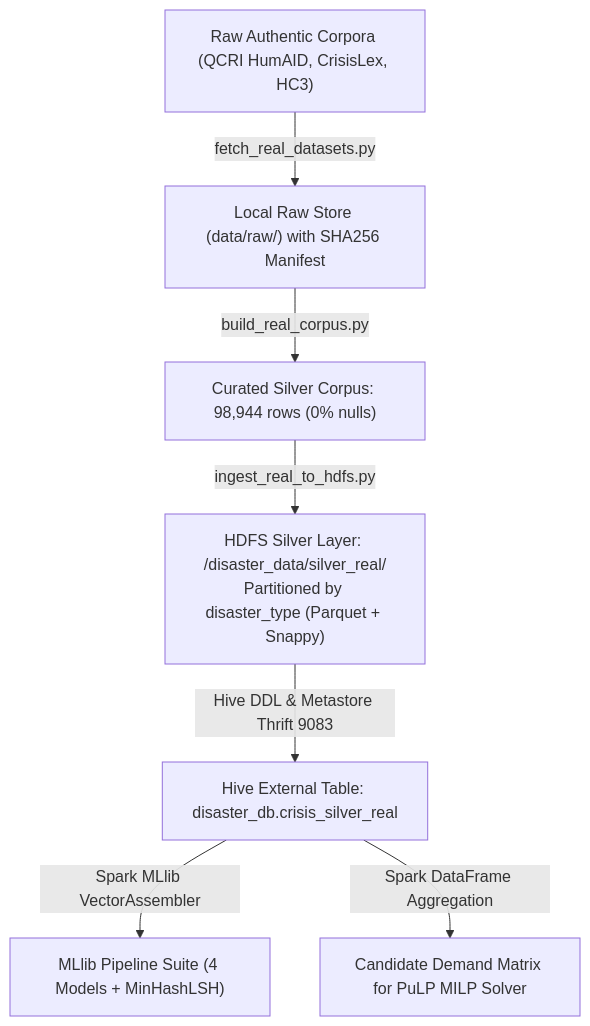
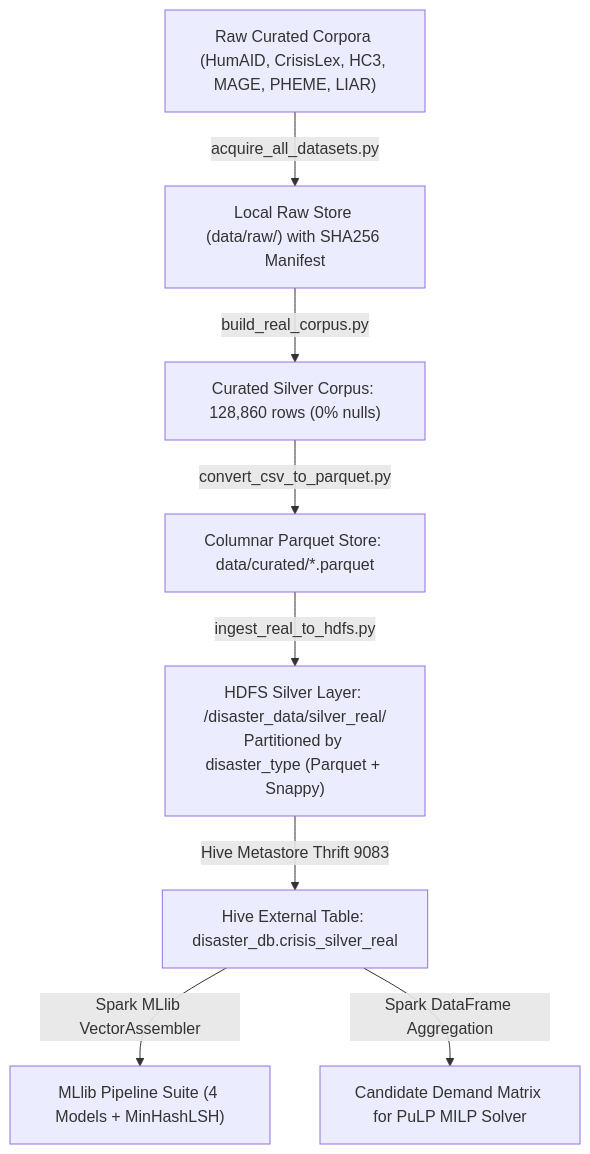
Before and after one commit to Tharunkunamalla/Bigdata_Project: the diagram in docs/DATA.md, drawn with Mermaid. The commit also changed other lines of this file and 18 other files, not shown here.

Commit message:
feat(data,ml,docs): integrate PHEME, MAGE, LIAR, and OSM datasets; retrain models, update manifest, rewrite DATA.md and REPORT.pdf

````diff
--- a/docs/DATA.md
+++ b/docs/DATA.md
@@ -29,9 +113,10 @@
 ```mermaid
 flowchart TD
-    Raw["Raw Authentic Corpora (QCRI HumAID, CrisisLex, HC3)"] -->|fetch_real_datasets.py| BronzeLocal["Local Raw Store (data/raw/) with SHA256 Manifest"]
-    BronzeLocal -->|build_real_corpus.py| CuratedCSV["Curated Silver Corpus: 98,944 rows (0% nulls)"]
-    CuratedCSV -->|ingest_real_to_hdfs.py| HDFSSilver["HDFS Silver Layer: /disaster_data/silver_real/<br/>Partitioned by disaster_type (Parquet + Snappy)"]
-    HDFSSilver -->|Hive DDL & Metastore Thrift 9083| HiveTable["Hive External Table: disaster_db.crisis_silver_real"]
+    Raw["Raw Curated Corpora (HumAID, CrisisLex, HC3, MAGE, PHEME, LIAR)"] -->|acquire_all_datasets.py| BronzeLocal["Local Raw Store (data/raw/) with SHA256 Manifest"]
+    BronzeLocal -->|build_real_corpus.py| CuratedCSV["Curated Silver Corpus: 128,860 rows (0% nulls)"]
+    CuratedCSV -->|convert_csv_to_parquet.py| ParquetLocal["Columnar Parquet Store: data/curated/*.parquet"]
+    ParquetLocal -->|ingest_real_to_hdfs.py| HDFSSilver["HDFS Silver Layer: /disaster_data/silver_real/<br/>Partitioned by disaster_type (Parquet + Snappy)"]
+    HDFSSilver -->|Hive Metastore Thrift 9083| HiveTable["Hive External Table: disaster_db.crisis_silver_real"]
     HiveTable -->|Spark MLlib VectorAssembler| MLlibPipelines["MLlib Pipeline Suite (4 Models + MinHashLSH)"]
     HiveTable -->|Spark DataFrame Aggregation| DemandMatrix["Candidate Demand Matrix for PuLP MILP Solver"]
 ```
````
